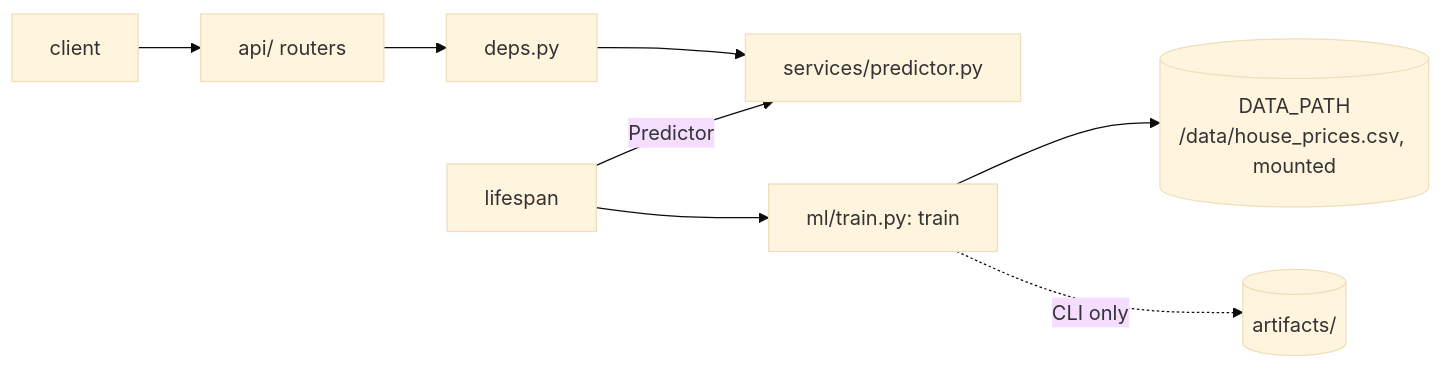
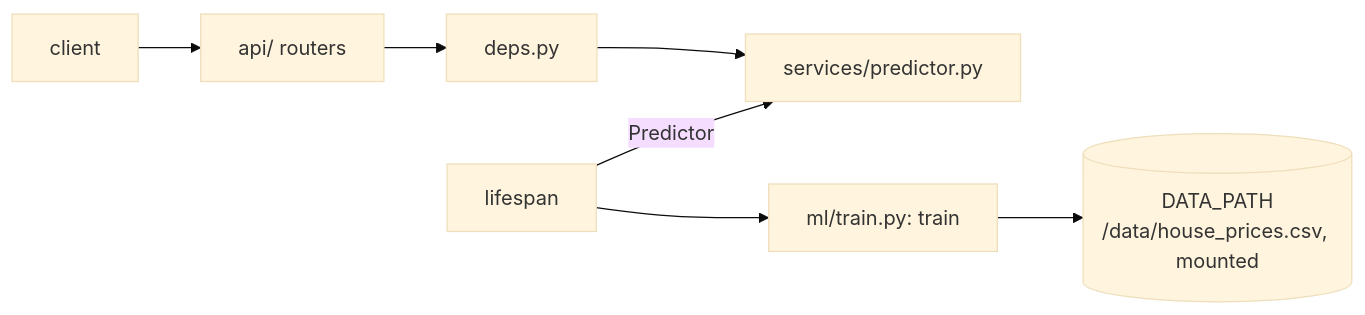
The first of 2 diagrams in ml-api/ARCHITECTURE.md (Ekhrapykin/housing-prediction-portal), drawn with Mermaid (base theme) before and after one commit. The commit also changed other lines of this file and 37 other files, not shown here.

````diff
--- a/ml-api/ARCHITECTURE.md
+++ b/ml-api/ARCHITECTURE.md
@@ -5,10 +5,9 @@
 ```mermaid
 flowchart LR
   C[client] --> R[api/ routers]
   R --> D[deps.py]
   D --> S[services/predictor.py]
   L[lifespan] --> T[ml/train.py: train]
   T --> CSV[(DATA_PATH<br/>/data/house_prices.csv, mounted)]
   L -->|Predictor| S
-  T -.CLI only.-> A[(artifacts/)]
 ```
````
